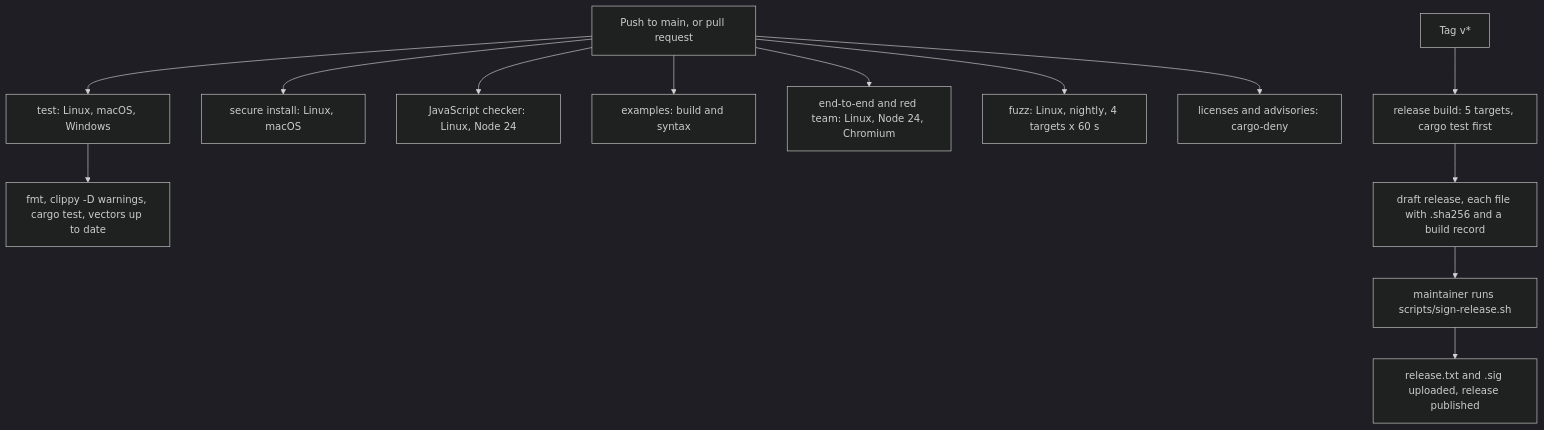
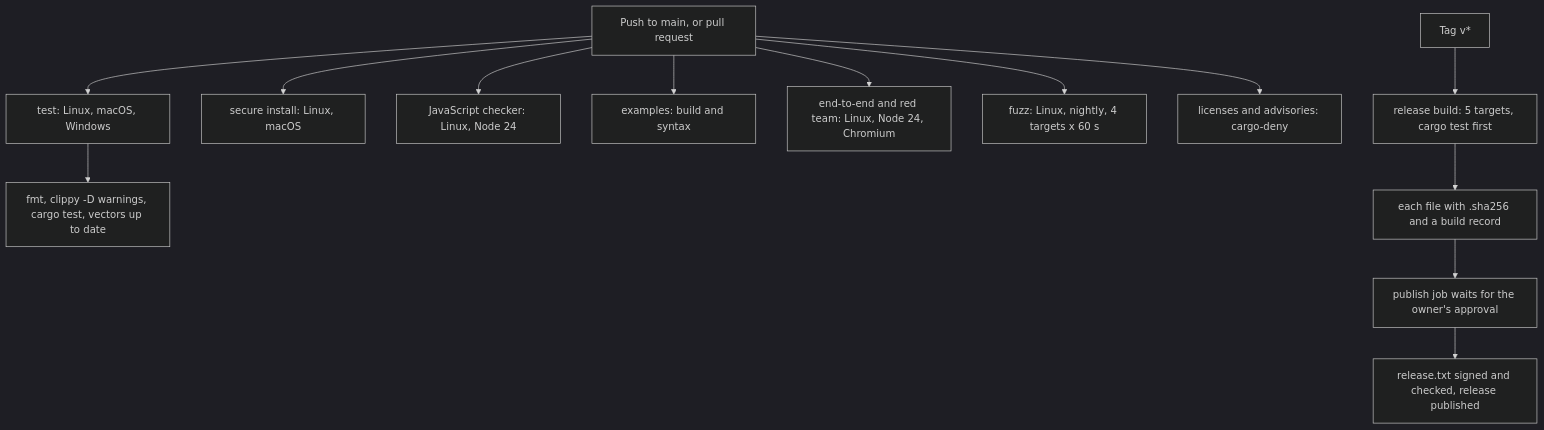
One commit to Phygital-Key/phygital-key changed the diagram in docs/testing.md. Above: the diagram before and after it, drawn with Mermaid (dark theme). The commit also changed other lines of this file and 42 other files, not shown here.

Commit message:
Release signing with a GitHub environment key behind owner approval (scripts/release-key.sh), pinned release key; project moves to the Phygital-Key organisation

````diff
--- a/docs/testing.md
+++ b/docs/testing.md
@@ -386,15 +386,15 @@
 ```mermaid
 flowchart TD
   T["Push to main, or pull request"] --> J1["test: Linux, macOS, Windows"]
   T --> J2["secure install: Linux, macOS"]
   T --> J3["JavaScript checker: Linux, Node 24"]
   T --> J7["examples: build and syntax"]
   T --> J4["end-to-end and red team: Linux, Node 24, Chromium"]
   T --> J5["fuzz: Linux, nightly, 4 targets x 60 s"]
   T --> J6["licenses and advisories: cargo-deny"]
   J1 --> S1["fmt, clippy -D warnings, cargo test, vectors up to date"]
   Tag["Tag v*"] --> RB["release build: 5 targets, cargo test first"]
-  RB --> RD["draft release, each file with .sha256 and a build record"]
-  RD --> SG["maintainer runs scripts/sign-release.sh"]
-  SG --> RP["release.txt and .sig uploaded, release published"]
+  RB --> RD["each file with .sha256 and a build record"]
+  RD --> SG["publish job waits for the owner's approval"]
+  SG --> RP["release.txt signed and checked, release published"]
 ```
````
